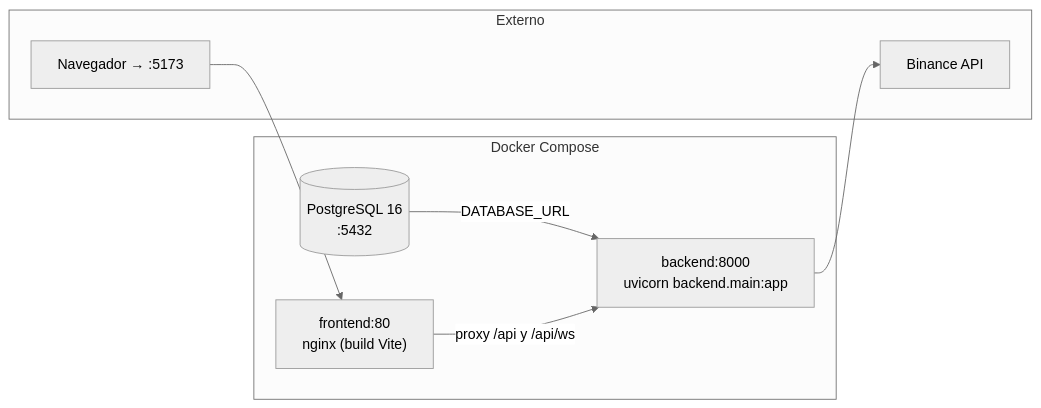
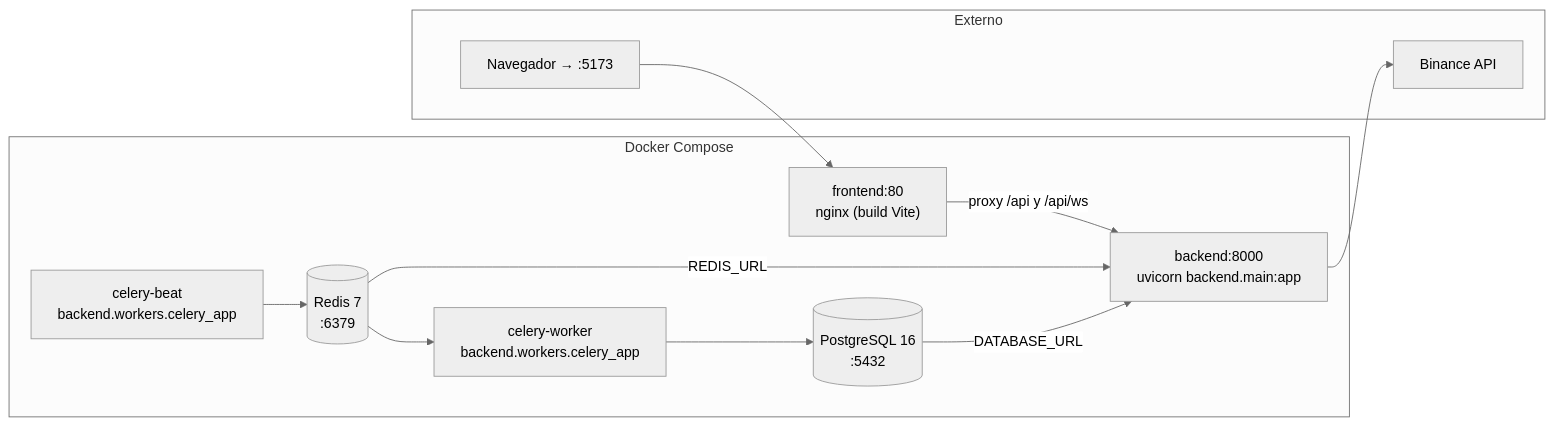
The fourth of 4 diagrams in README.md (haimerb/botbinance), drawn with Mermaid (neutral theme) before and after one commit. The commit also changed other lines of this file, not shown here.

First line of the commit message:
docs: actualizar README con nueva estructura, monitoring, Celery y endpoints (#62)

````diff
--- a/README.md
+++ b/README.md
@@ -151,19 +158,26 @@
 ```mermaid
 flowchart LR
     subgraph Docker["Docker Compose"]
         PG[("PostgreSQL 16<br/>:5432")]
+        RD[("Redis 7<br/>:6379")]
         BE["backend:8000<br/>uvicorn backend.main:app"]
+        CW["celery-worker<br/>backend.workers.celery_app"]
+        CB["celery-beat<br/>backend.workers.celery_app"]
         FE["frontend:80<br/>nginx (build Vite)"]
     end
 
     PG -->|DATABASE_URL| BE
+    RD -->|REDIS_URL| BE
+    RD --> CW
+    CW --> PG
+    CB --> RD
     FE -->|proxy /api y /api/ws| BE
 
     subgraph Externo
         BROWSER["Navegador → :5173"]
         BIN2[Binance API]
     end
 
     BROWSER --> FE
     BE --> BIN2
 ```
````
